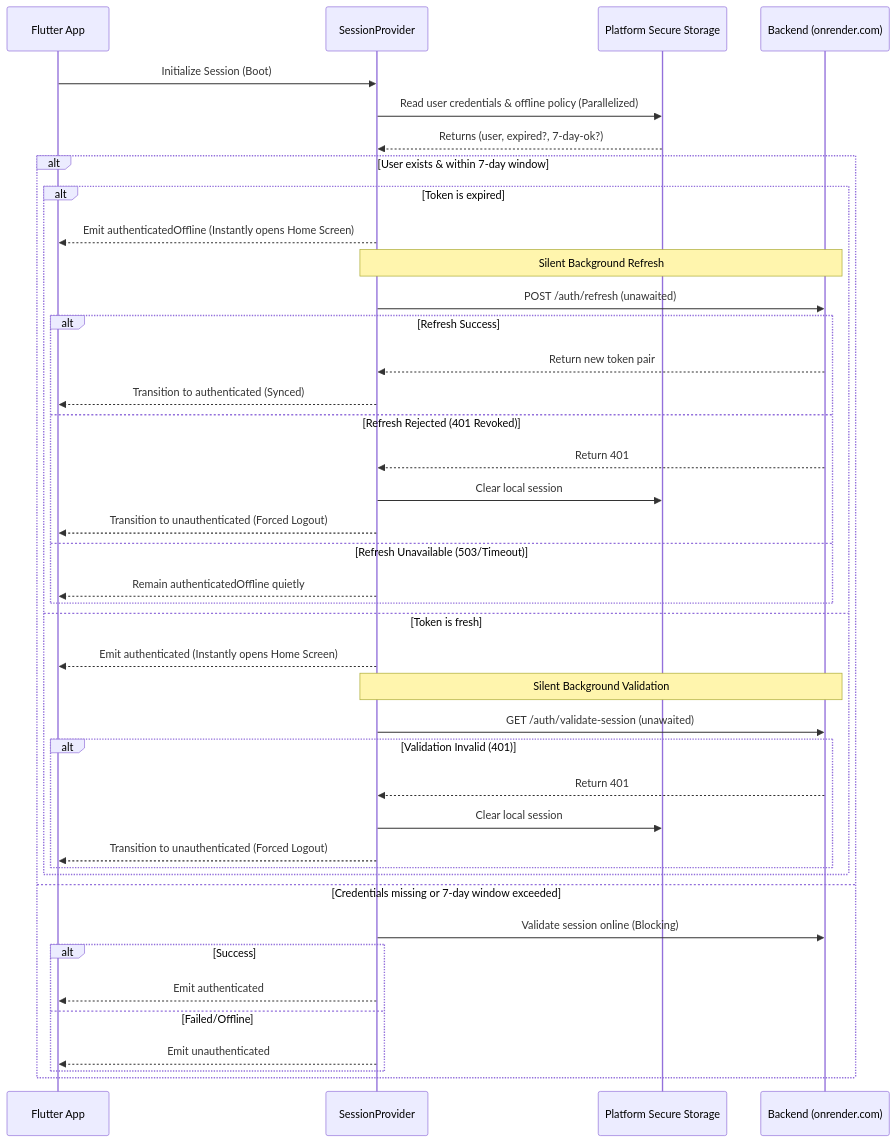
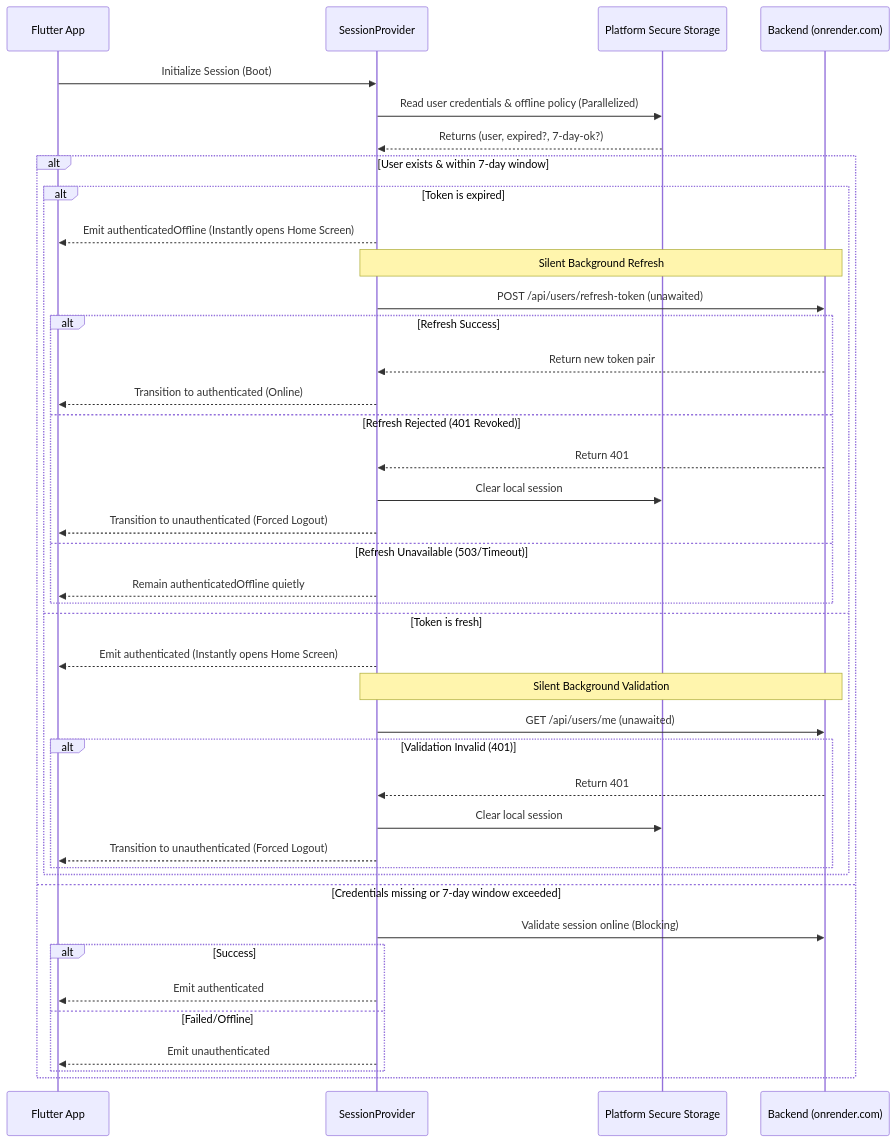
Before and after one commit to cosmicsaurabh/RythmRun: the second of 2 diagrams in docs/_engineering/auth/auth_architecture.md, drawn with Mermaid. The commit also changed other lines of this file and 11 other files, not shown here.

````diff
--- a/docs/_engineering/auth/auth_architecture.md
+++ b/docs/_engineering/auth/auth_architecture.md
@@ -47,45 +51,45 @@
 ```mermaid
 sequenceDiagram
     participant App as Flutter App
     participant Provider as SessionProvider
     participant DB as Platform Secure Storage
     participant API as Backend (onrender.com)
-    
+
     App->>Provider: Initialize Session (Boot)
     Provider->>DB: Read user credentials & offline policy (Parallelized)
     DB-->>Provider: Returns (user, expired?, 7-day-ok?)
-    
+
     alt User exists & within 7-day window
         alt Token is expired
             Provider-->>App: Emit authenticatedOffline (Instantly opens Home Screen)
             Note over Provider, API: Silent Background Refresh
-            Provider->>API: POST /auth/refresh (unawaited)
+            Provider->>API: POST /api/users/refresh-token (unawaited)
             alt Refresh Success
                 API-->>Provider: Return new token pair
-                Provider-->>App: Transition to authenticated (Synced)
+                Provider-->>App: Transition to authenticated (Online)
             else Refresh Rejected (401 Revoked)
                 API-->>Provider: Return 401
                 Provider->>DB: Clear local session
                 Provider-->>App: Transition to unauthenticated (Forced Logout)
             else Refresh Unavailable (503/Timeout)
                 Provider-->>App: Remain authenticatedOffline quietly
             end
         else Token is fresh
             Provider-->>App: Emit authenticated (Instantly opens Home Screen)
             Note over Provider, API: Silent Background Validation
-            Provider->>API: GET /auth/validate-session (unawaited)
+            Provider->>API: GET /api/users/me (unawaited)
             alt Validation Invalid (401)
                 API-->>Provider: Return 401
                 Provider->>DB: Clear local session
                 Provider-->>App: Transition to unauthenticated (Forced Logout)
             end
         end
     else Credentials missing or 7-day window exceeded
         Provider->>API: Validate session online (Blocking)
         alt Success
             Provider-->>App: Emit authenticated
         else Failed/Offline
             Provider-->>App: Emit unauthenticated
         end
     end
 ```
````
